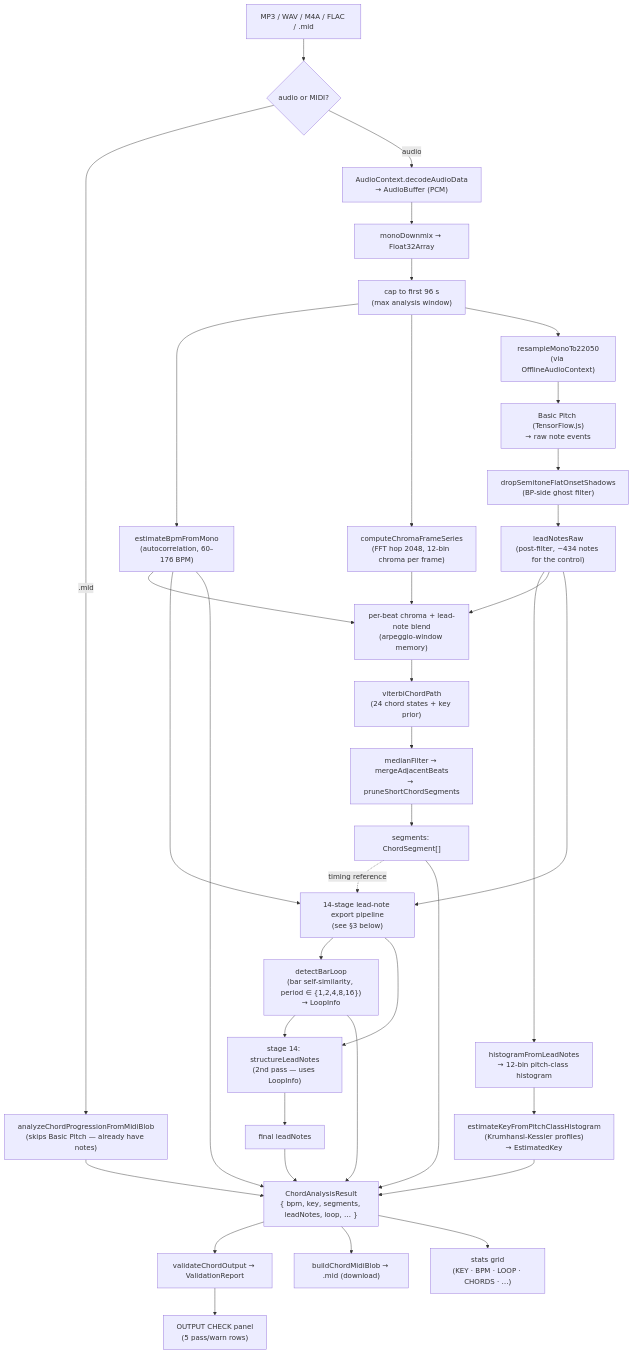
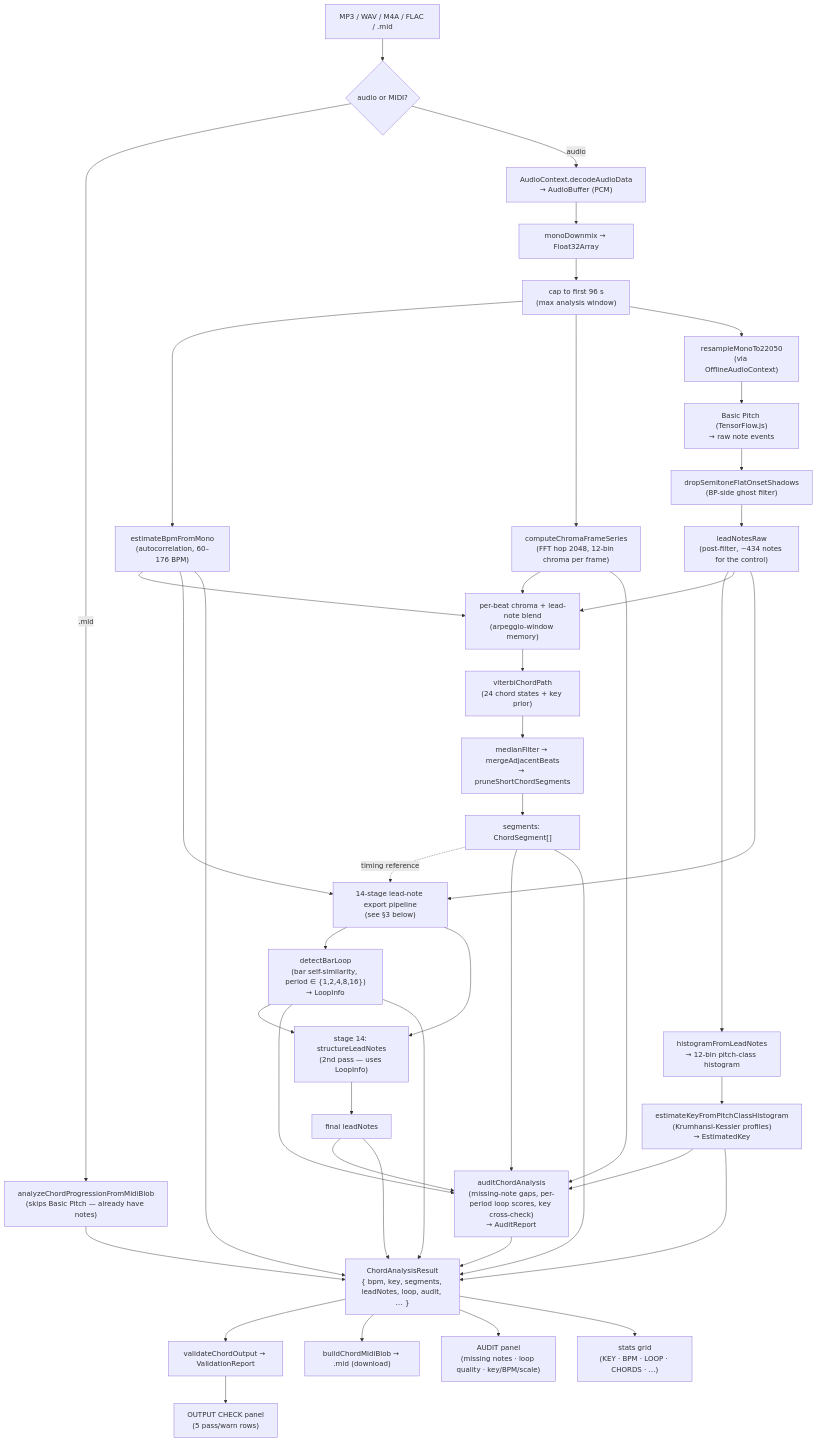
The first of 3 diagrams in docs/chord-detector-pipeline.md (samuelsanchez175-oss/dashboard-ui-x), drawn with Mermaid before and after one commit. The commit also changed other lines of this file, not shown here.

First line of the commit message:
docs(chord-detector): pipeline map — add the audit pass

````diff
--- a/docs/chord-detector-pipeline.md
+++ b/docs/chord-detector-pipeline.md
@@ -9,47 +9,55 @@
 ```mermaid
 flowchart TD
     IN["MP3 / WAV / M4A / FLAC / .mid"]
     IN --> ROUTE{"audio or MIDI?"}
     ROUTE -- ".mid" --> MIDIPATH["analyzeChordProgressionFromMidiBlob<br/>(skips Basic Pitch — already have notes)"]
     ROUTE -- "audio" --> DECODE["AudioContext.decodeAudioData<br/>→ AudioBuffer (PCM)"]
     DECODE --> MONO["monoDownmix → Float32Array"]
     MONO --> CAP["cap to first 96 s<br/>(max analysis window)"]
 
     CAP --> BPM["estimateBpmFromMono<br/>(autocorrelation, 60–176 BPM)"]
     CAP --> CHROMA["computeChromaFrameSeries<br/>(FFT hop 2048, 12-bin chroma per frame)"]
     CAP --> RESAMPLE["resampleMonoTo22050<br/>(via OfflineAudioContext)"]
     RESAMPLE --> BP["Basic Pitch (TensorFlow.js)<br/>→ raw note events"]
     BP --> GHOST["dropSemitoneFlatOnsetShadows<br/>(BP-side ghost filter)"]
     GHOST --> RAW["leadNotesRaw<br/>(post-filter, ~434 notes for the control)"]
 
     RAW --> HIST["histogramFromLeadNotes<br/>→ 12-bin pitch-class histogram"]
     HIST --> KEY["estimateKeyFromPitchClassHistogram<br/>(Krumhansl-Kessler profiles)<br/>→ EstimatedKey"]
 
     CHROMA --> BLEND
     RAW --> BLEND["per-beat chroma + lead-note blend<br/>(arpeggio-window memory)"]
     BPM --> BLEND
     BLEND --> VITERBI["viterbiChordPath<br/>(24 chord states + key prior)"]
     VITERBI --> SMOOTH["medianFilter → mergeAdjacentBeats<br/>→ pruneShortChordSegments"]
     SMOOTH --> SEG["segments: ChordSegment[]"]
 
     RAW --> EXPORT["14-stage lead-note export pipeline<br/>(see §3 below)"]
     BPM --> EXPORT
     SEG -. timing reference .-> EXPORT
     EXPORT --> LOOP["detectBarLoop<br/>(bar self-similarity, period ∈ {1,2,4,8,16})<br/>→ LoopInfo"]
     EXPORT --> STRUCT["stage 14: structureLeadNotes<br/>(2nd pass — uses LoopInfo)"]
     LOOP --> STRUCT
     STRUCT --> LEAD["final leadNotes"]
 
+    CHROMA --> AUDIT["auditChordAnalysis<br/>(missing-note gaps, per-period loop scores, key cross-check)<br/>→ AuditReport"]
+    LEAD --> AUDIT
+    SEG --> AUDIT
+    KEY --> AUDIT
+    LOOP --> AUDIT
+
     LEAD --> RESULT
-    SEG --> RESULT["ChordAnalysisResult<br/>{ bpm, key, segments, leadNotes, loop, … }"]
+    SEG --> RESULT["ChordAnalysisResult<br/>{ bpm, key, segments, leadNotes, loop, audit, … }"]
     KEY --> RESULT
     BPM --> RESULT
     LOOP --> RESULT
+    AUDIT --> RESULT
     MIDIPATH --> RESULT
 
     RESULT --> VAL["validateChordOutput → ValidationReport"]
     RESULT --> MIDI["buildChordMidiBlob → .mid (download)"]
 
     VAL --> PANEL["OUTPUT CHECK panel<br/>(5 pass/warn rows)"]
+    RESULT --> APANEL["AUDIT panel<br/>(missing notes · loop quality · key/BPM/scale)"]
     RESULT --> STATS["stats grid<br/>(KEY · BPM · LOOP · CHORDS · …)"]
 ```
````
